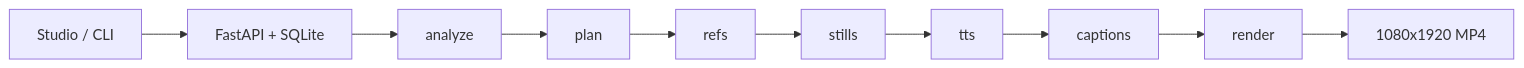
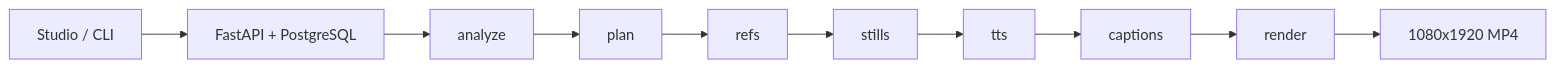
The diagram in docs/REQUIREMENTS.md (minhduy6868/omaishort---short-video-creation), drawn with Mermaid before and after one commit. The commit also changed other lines of this file and 10 other files, not shown here.

````diff
--- a/docs/REQUIREMENTS.md
+++ b/docs/REQUIREMENTS.md
@@ -117,12 +121,12 @@
 ```mermaid
 flowchart LR
-  in[Studio / CLI] --> api[FastAPI + SQLite]
+  in[Studio / CLI] --> api[FastAPI + PostgreSQL]
   api --> a[analyze]
   a --> p[plan]
   p --> r[refs]
   r --> s[stills]
   s --> t[tts]
   t --> c[captions]
   c --> x[render]
   x --> mp4[1080x1920 MP4]
 ```
````
